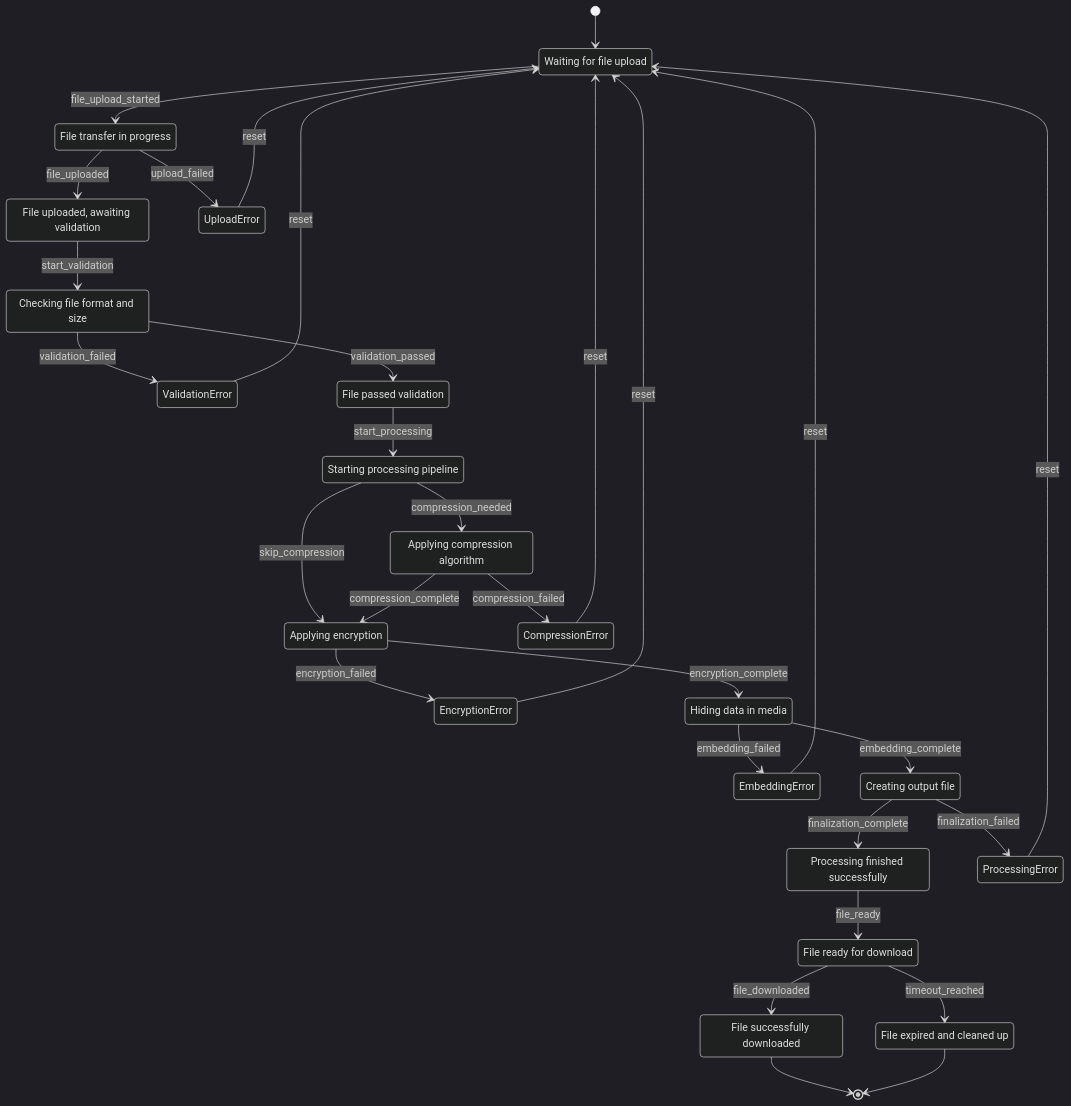
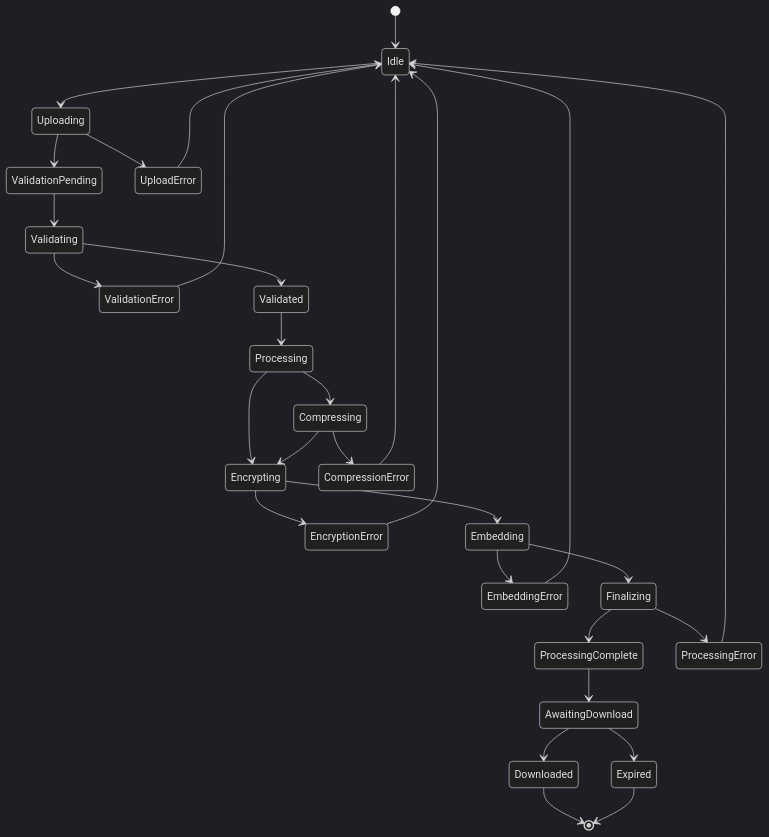
One commit to Aya2nusairat7/steganotool-enhanced changed diagram 14 of 16 in docs/comprehensive_uml_diagrams.md. Above: the diagram before and after it, drawn with Mermaid (dark theme). The commit also changed other lines of this file, not shown here.

Commit message:
Add UML documentation with Mermaid diagrams

````diff
--- a/docs/comprehensive_uml_diagrams.md
+++ b/docs/comprehensive_uml_diagrams.md
@@ -755,60 +791,44 @@
 ```mermaid
 stateDiagram-v2
     [*] --> Idle
     
-    Idle --> Uploading : file_upload_started
-    Uploading --> ValidationPending : file_uploaded
-    Uploading --> UploadError : upload_failed
+    Idle --> Uploading
+    Uploading --> ValidationPending
+    Uploading --> UploadError
     
-    ValidationPending --> Validating : start_validation
-    Validating --> ValidationError : validation_failed
-    Validating --> Validated : validation_passed
+    ValidationPending --> Validating
+    Validating --> ValidationError
+    Validating --> Validated
     
-    Validated --> Processing : start_processing
-    Processing --> Compressing : compression_needed
-    Processing --> Encrypting : skip_compression
+    Validated --> Processing
+    Processing --> Compressing
+    Processing --> Encrypting
     
-    Compressing --> CompressionError : compression_failed
-    Compressing --> Encrypting : compression_complete
+    Compressing --> CompressionError
+    Compressing --> Encrypting
     
-    Encrypting --> EncryptionError : encryption_failed
-    Encrypting --> Embedding : encryption_complete
+    Encrypting --> EncryptionError
+    Encrypting --> Embedding
     
-    Embedding --> EmbeddingError : embedding_failed
-    Embedding --> Finalizing : embedding_complete
+    Embedding --> EmbeddingError
+    Embedding --> Finalizing
     
-    Finalizing --> ProcessingComplete : finalization_complete
-    Finalizing --> ProcessingError : finalization_failed
+    Finalizing --> ProcessingComplete
+    Finalizing --> ProcessingError
     
-    ProcessingComplete --> AwaitingDownload : file_ready
-    AwaitingDownload --> Downloaded : file_downloaded
-    AwaitingDownload --> Expired : timeout_reached
+    ProcessingComplete --> AwaitingDownload
+    AwaitingDownload --> Downloaded
+    AwaitingDownload --> Expired
     
     %% Error states
-    UploadError --> Idle : reset
-    ValidationError --> Idle : reset
-    CompressionError --> Idle : reset
-    EncryptionError --> Idle : reset
-    EmbeddingError --> Idle : reset
-    ProcessingError --> Idle : reset
+    UploadError --> Idle
+    ValidationError --> Idle
+    CompressionError --> Idle
+    EncryptionError --> Idle
+    EmbeddingError --> Idle
+    ProcessingError --> Idle
     
     %% Final states
     Downloaded --> [*]
     Expired --> [*]
-    
-    %% State descriptions
-    Idle : Waiting for file upload
-    Uploading : File transfer in progress
-    ValidationPending : File uploaded, awaiting validation
-    Validating : Checking file format and size
-    Validated : File passed validation
-    Processing : Starting processing pipeline
-    Compressing : Applying compression algorithm
-    Encrypting : Applying encryption
-    Embedding : Hiding data in media
-    Finalizing : Creating output file
-    ProcessingComplete : Processing finished successfully
-    AwaitingDownload : File ready for download
-    Downloaded : File successfully downloaded
-    Expired : File expired and cleaned up
 ```
````
